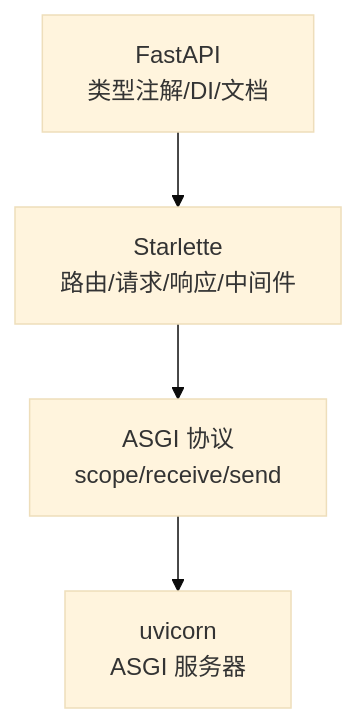
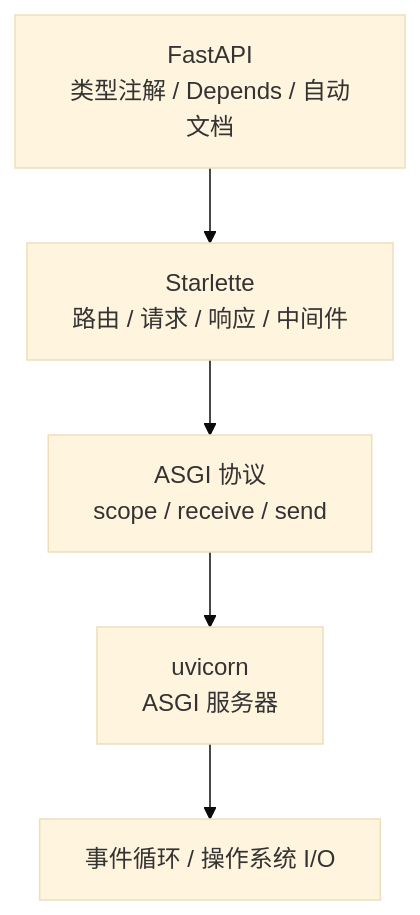
One commit to wanglh39/fastapi-learning changed the second of 2 diagrams in docs/docs/01-asgi-starlette/index.md. Above: the diagram before and after it, drawn with Mermaid (base theme). The commit also changed other lines of this file and 9 other files, not shown here.

````diff
--- a/docs/docs/01-asgi-starlette/index.md
+++ b/docs/docs/01-asgi-starlette/index.md
@@ -161,6 +321,7 @@
 ```mermaid
 graph TD
-    A[FastAPI<br/>类型注解/DI/文档] --> B[Starlette<br/>路由/请求/响应/中间件]
-    B --> C[ASGI 协议<br/>scope/receive/send]
-    C --> D[uvicorn<br/>ASGI 服务器]
+    A["FastAPI<br/>类型注解 / Depends / 自动文档"] --> B["Starlette<br/>路由 / 请求 / 响应 / 中间件"]
+    B --> C["ASGI 协议<br/>scope / receive / send"]
+    C --> D["uvicorn<br/>ASGI 服务器"]
+    D --> E["事件循环 / 操作系统 I/O"]
 ```
````
